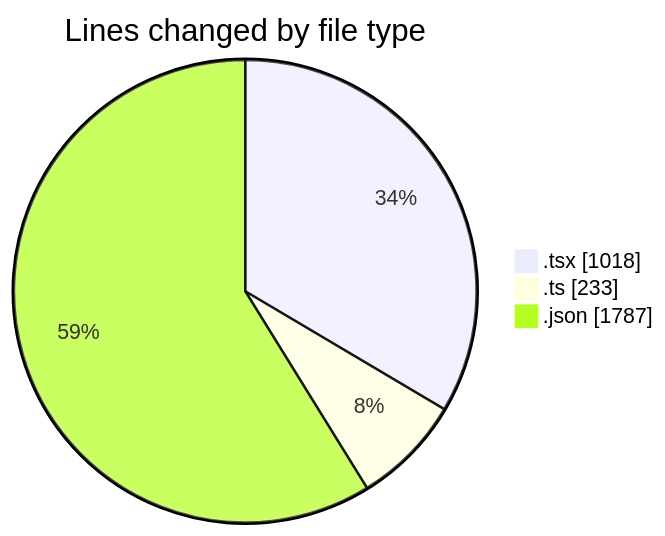
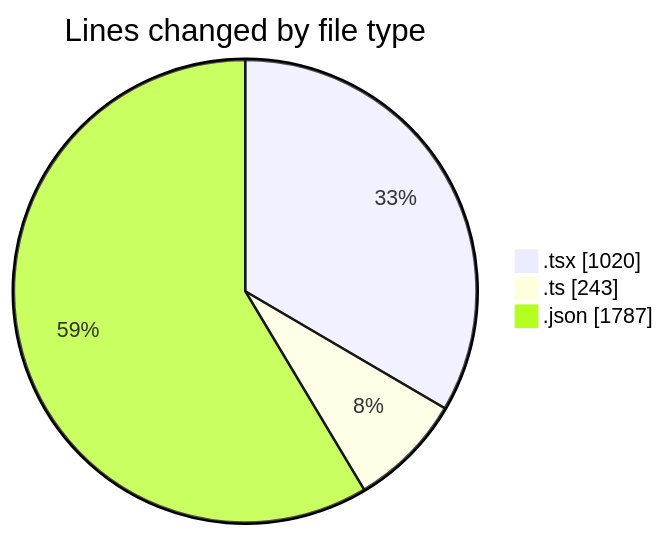
One commit to julien-gomy/code-tracking changed the first of 2 diagrams in 2025-10-31/eventscop-frontend-guide__workspace_/README.md. Above: the diagram before and after it, drawn with Mermaid. The commit also changed other lines of this file and 1 other file, not shown here.

````diff
--- a/2025-10-31/eventscop-frontend-guide__workspace_/README.md
+++ b/2025-10-31/eventscop-frontend-guide__workspace_/README.md
@@ -27,7 +27,7 @@
 ```mermaid
 pie showData
 title Lines changed by file type
-".tsx" : 1018
-".ts" : 233
+".tsx" : 1020
+".ts" : 243
 ".json" : 1787
 ```
````
